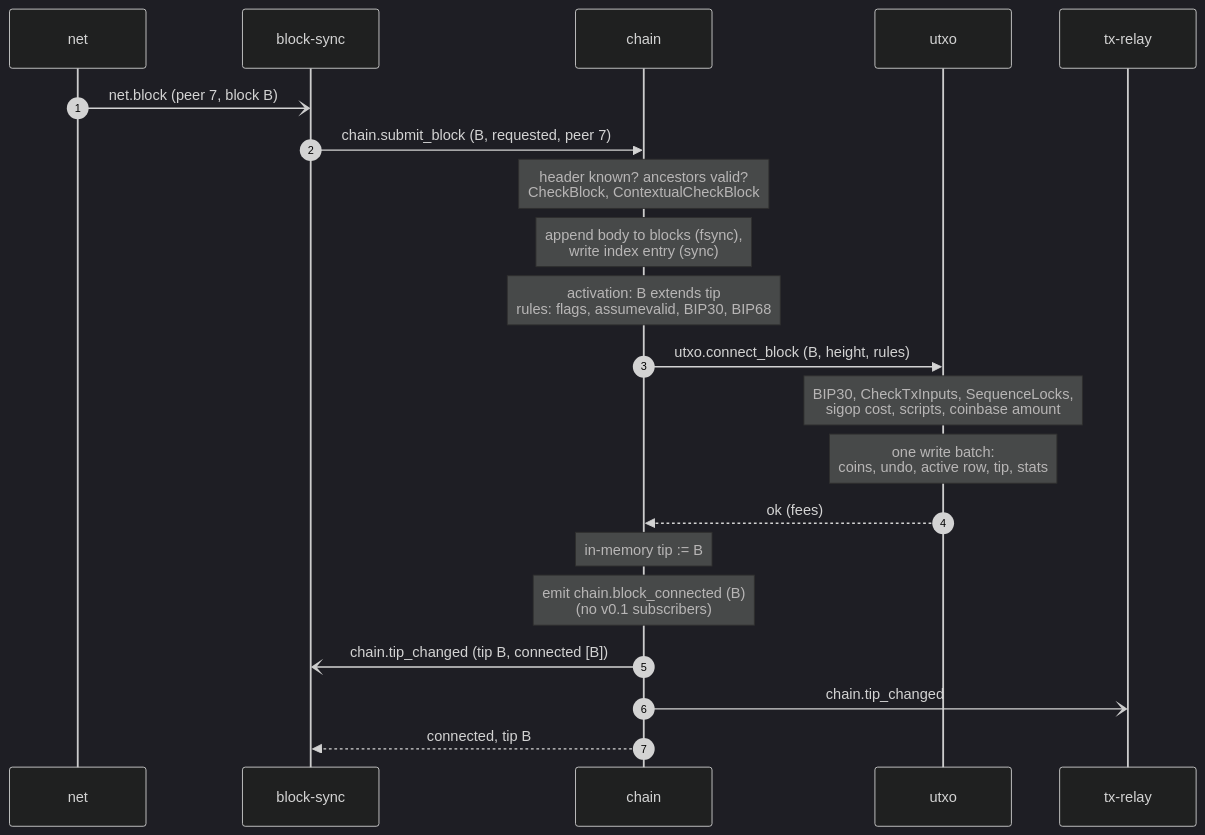
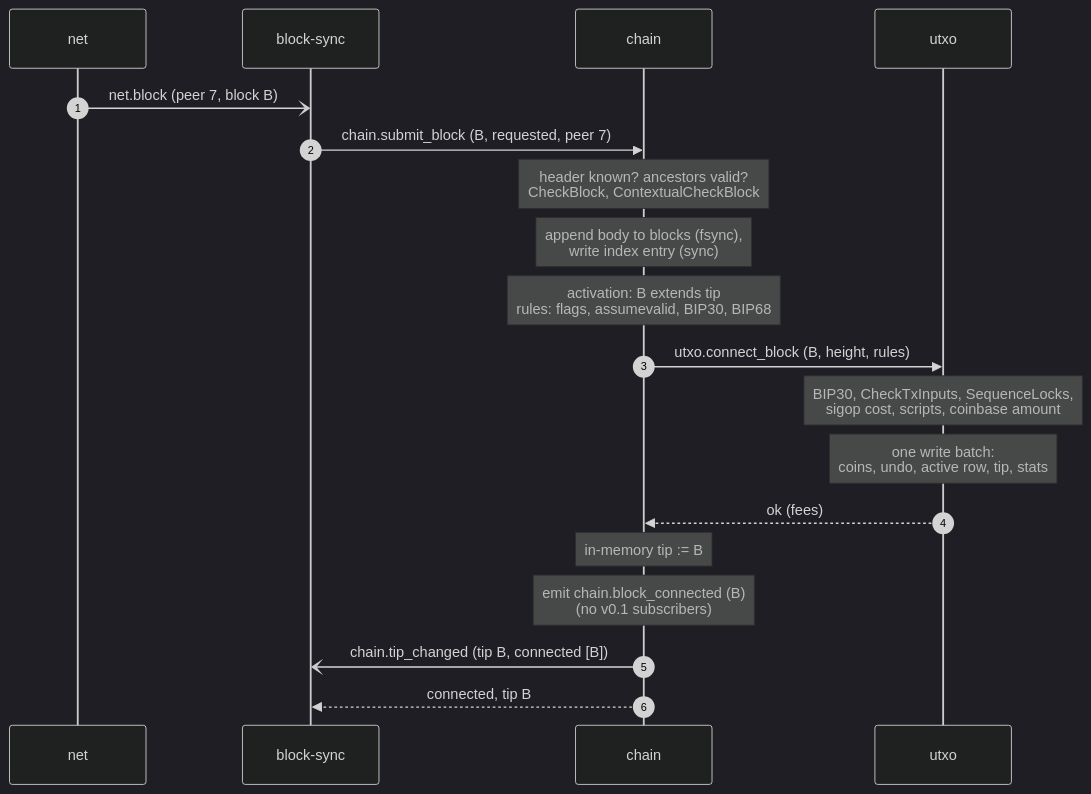
Before and after one commit to RustBTCD/btcd: the first of 3 diagrams in docs/flows/block-processing.md, drawn with Mermaid (dark theme). The commit also changed other lines of this file and 31 other files, not shown here.

````diff
--- a/docs/flows/block-processing.md
+++ b/docs/flows/block-processing.md
@@ -7,24 +9,22 @@
 ```mermaid
 sequenceDiagram
     autonumber
     participant N as net
     participant BS as block-sync
     participant C as chain
     participant U as utxo
-    participant TR as tx-relay
 
     N-)BS: net.block (peer 7, block B)
     BS->>C: chain.submit_block (B, requested, peer 7)
     Note over C: header known? ancestors valid?<br/>CheckBlock, ContextualCheckBlock
     Note over C: append body to blocks (fsync),<br/>write index entry (sync)
     Note over C: activation: B extends tip<br/>rules: flags, assumevalid, BIP30, BIP68
     C->>U: utxo.connect_block (B, height, rules)
     Note over U: BIP30, CheckTxInputs, SequenceLocks,<br/>sigop cost, scripts, coinbase amount
     Note over U: one write batch:<br/>coins, undo, active row, tip, stats
     U-->>C: ok (fees)
     Note over C: in-memory tip := B
     Note over C: emit chain.block_connected (B)<br/>(no v0.1 subscribers)
     C-)BS: chain.tip_changed (tip B, connected [B])
-    C-)TR: chain.tip_changed
     C-->>BS: connected, tip B
 ```
````
